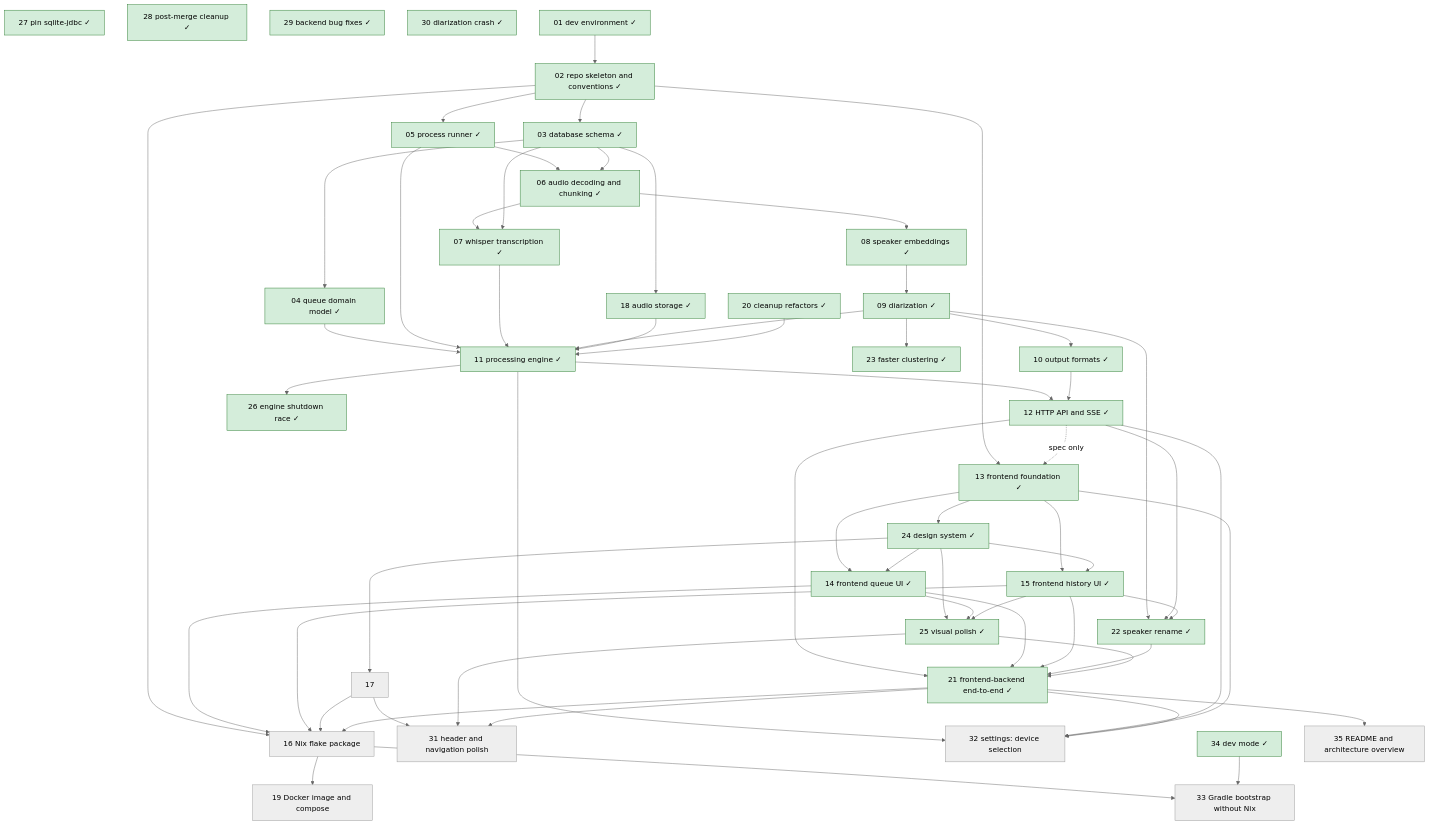
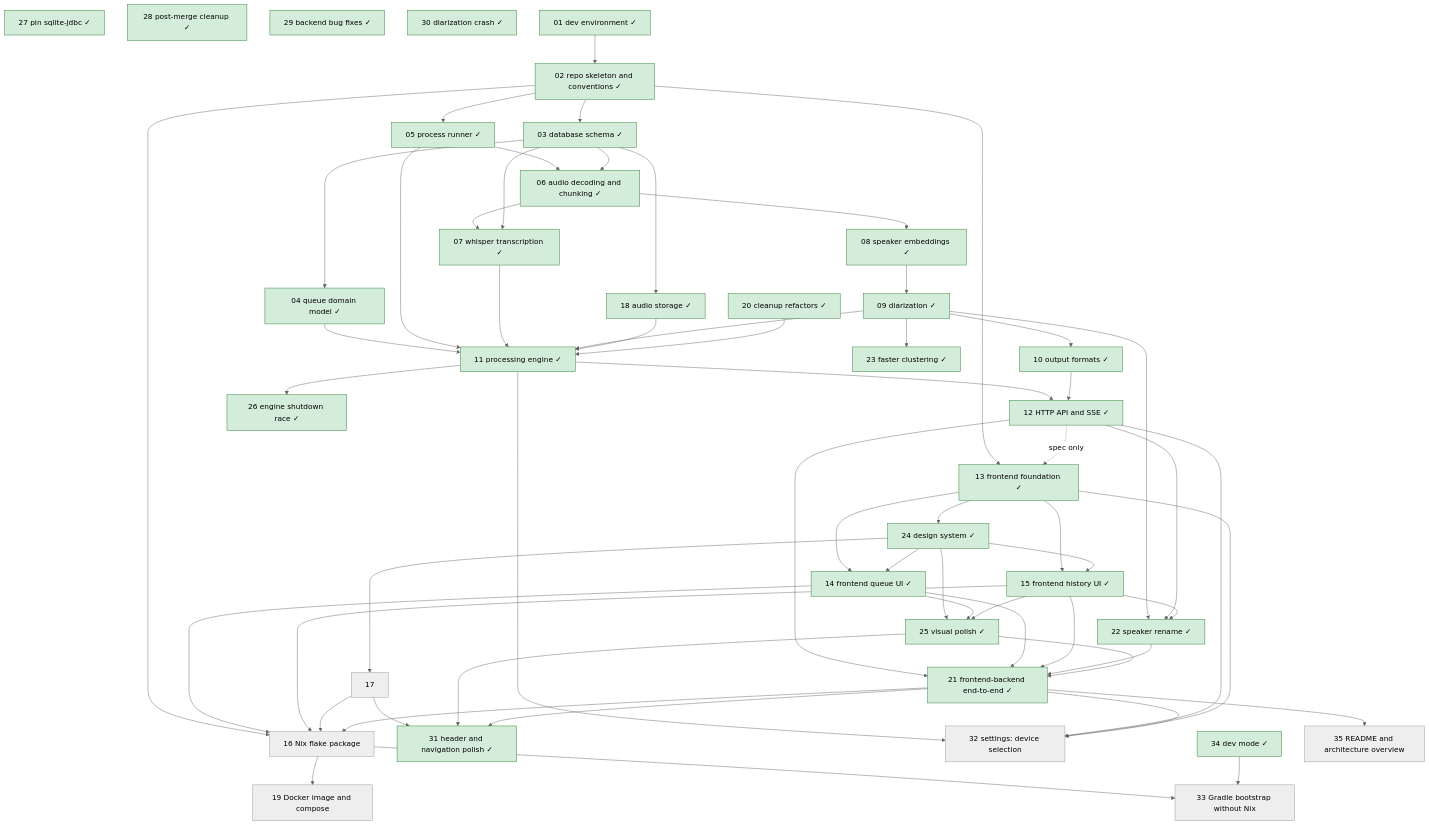
Before and after one commit to lulu-berlin/speech-to-text-app: the diagram in roadmap/README.md, drawn with Mermaid (neutral theme). The commit also changed other lines of this file and 1 other file, not shown here.

Commit message:
Item 31: spec to docs/specs/header-and-navigation-polish.md; README done

````diff
--- a/roadmap/README.md
+++ b/roadmap/README.md
@@ -17,67 +17,67 @@
 ```mermaid
 graph TD
   01[01 dev environment ✓]:::done --> 02[02 repo skeleton and conventions ✓]:::done
   02 --> 03[03 database schema ✓]:::done
   03 --> 04[04 queue domain model ✓]:::done
   02 --> 05[05 process runner ✓]:::done
   05 --> 06[06 audio decoding and chunking ✓]:::done
   03 --> 06
   06 --> 07[07 whisper transcription ✓]:::done
   03 --> 07
   06 --> 08[08 speaker embeddings ✓]:::done
   08 --> 09[09 diarization ✓]:::done
   09 --> 10[10 output formats ✓]:::done
   04 --> 11[11 processing engine ✓]:::done
   05 --> 11
   07 --> 11
   09 --> 11
   03 --> 18[18 audio storage ✓]:::done
   18 --> 11
   20 --> 11
   11 --> 12[12 HTTP API and SSE ✓]:::done
   10 --> 12
   02 --> 13[13 frontend foundation ✓]:::done
   12 -. spec only .-> 13
   13 --> 14[14 frontend queue UI ✓]:::done
   13 --> 15[15 frontend history UI ✓]:::done
   02 --> 16[16 Nix flake package]
   14 --> 16
   15 --> 16
   17 --> 16
   20[20 cleanup refactors ✓]:::done
   12 --> 21[21 frontend-backend end-to-end ✓]:::done
   14 --> 21
   15 --> 21
   22 --> 21
   25 --> 21
   16 --> 19[19 Docker image and compose]
   21 --> 16
   09 --> 22[22 speaker rename ✓]:::done
   12 --> 22
   15 --> 22
   09 --> 23[23 faster clustering ✓]:::done
   13 --> 24[24 design system ✓]:::done
   24 --> 14
   24 --> 15
   24 --> 17
   24 --> 25[25 visual polish ✓]:::done
   14 --> 25
   15 --> 25
   11 --> 26[26 engine shutdown race ✓]:::done
   27[27 pin sqlite-jdbc ✓]:::done
   28[28 post-merge cleanup ✓]:::done
   29[29 backend bug fixes ✓]:::done
   30[30 diarization crash ✓]:::done
-  17 --> 31[31 header and navigation polish]
+  17 --> 31[31 header and navigation polish ✓]:::done
   25 --> 31
   21 --> 31
   11 --> 32[32 settings: device selection]
   12 --> 32
   13 --> 32
   21 --> 32
   16 --> 33[33 Gradle bootstrap without Nix]
   34 --> 33
   34[34 dev mode ✓]:::done
   21 --> 35[35 README and architecture overview]
   classDef done fill:#d4edda,stroke:#2e7d32
 ```
````
